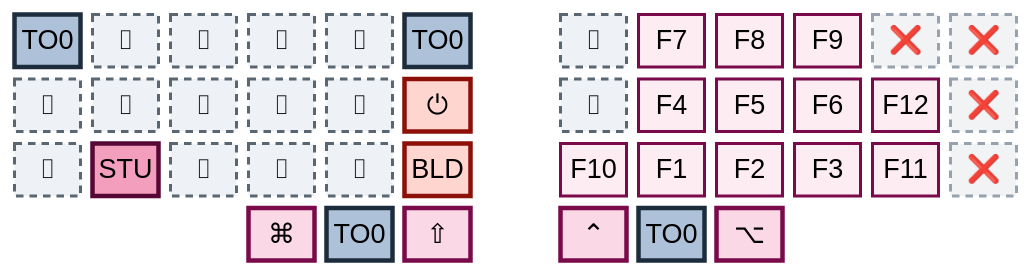
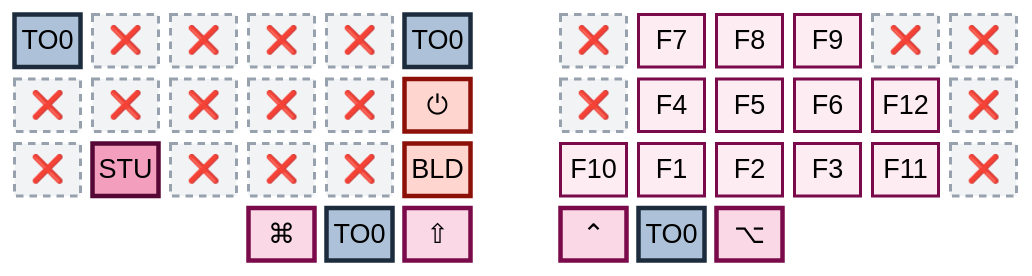
The sixth of 6 diagrams in README.md (abloch/zmk-corne), drawn with Mermaid before and after one commit. The commit also changed other lines of this file and 1 other file, not shown here.

Commit message:
Retire the transparent-key glyph and mark those keys dead
The layer 5 left half was drawn with a distinct glyph for &trans, on the
theory that "shows whatever is underneath" was worth telling apart from
"nothing here". In practice the layer below is base, the distinction never
changed a decision, and the two classes were four hex points apart in fill
colour anyway.

So both now read as the dead marker. README's ghost class is folded into
dead, and the legend drops from three hue-independent classes to two.

````diff
--- a/README.md
+++ b/README.md
@@ -211,26 +211,24 @@
 ```mermaid
 %%{init: {'theme':'base','themeVariables':{'primaryColor':'#fdecf2','primaryTextColor':'#3a0523','primaryBorderColor':'#7a0a4a','nodeTextColor':'#3a0523','textColor':'#3a0523','mainBkg':'#fdecf2','fontSize':'18px'}}}%%
 block
 columns 13
 
-  to0["TO0"] tra["⌷"] trb["⌷"] trc["⌷"] trd["⌷"] t0b["TO0"] space tre["⌷"] f7["F7"] f8["F8"] f9["F9"] x1["❌"] x2["❌"]
-  trf["⌷"] trg["⌷"] trh["⌷"] tri["⌷"] trj["⌷"] off["⏻"] space trk["⌷"] f4["F4"] f5["F5"] f6["F6"] f12["F12"] x3["❌"]
-  trl["⌷"] stu["STU"] trm["⌷"] trn["⌷"] tro["⌷"] bld["BLD"] space f10["F10"] f1["F1"] f2["F2"] f3["F3"] f11["F11"] x4["❌"]
+  to0["TO0"] tra["❌"] trb["❌"] trc["❌"] trd["❌"] t0b["TO0"] space tre["❌"] f7["F7"] f8["F8"] f9["F9"] x1["❌"] x2["❌"]
+  trf["❌"] trg["❌"] trh["❌"] tri["❌"] trj["❌"] off["⏻"] space trk["❌"] f4["F4"] f5["F5"] f6["F6"] f12["F12"] x3["❌"]
+  trl["❌"] stu["STU"] trm["❌"] trn["❌"] tro["❌"] bld["BLD"] space f10["F10"] f1["F1"] f2["F2"] f3["F3"] f11["F11"] x4["❌"]
   space:3 cmd["⌘"] t0c["TO0"] sft["⇧"] space ctl["⌃"] t0d["TO0"] alt["⌥"] space:3
 
   classDef plain fill:#fdecf2,stroke:#7a0a4a,stroke-width:2px,color:#3a0523
   classDef mod fill:#fbd8e5,stroke:#7a0a4a,stroke-width:3px,color:#3a0523
   classDef spec fill:#f29ebc,stroke:#560735,stroke-width:3px,color:#250317
   classDef goL0 fill:#adc2d8,stroke:#1d2c3d,stroke-width:3px,color:#060c12
   classDef alert fill:#ffd5d0,stroke:#8c1008,stroke-width:3px,color:#3d0603
-  classDef ghost fill:#eef1f5,stroke:#5b6673,stroke-width:2px,stroke-dasharray:5 4,color:#5b6673
   classDef dead fill:#f2f3f5,stroke:#98a2ae,stroke-width:2px,stroke-dasharray:5 4,color:#5b6673
 
   class f1,f2,f3,f4,f5,f6,f7,f8,f9,f10,f11,f12 plain
   class cmd,sft,ctl,alt mod
   class stu spec
   class to0,t0b,t0c,t0d goL0
   class off,bld alert
-  class tra,trb,trc,trd,tre,trf,trg,trh,tri,trj,trk,trl,trm,trn,tro ghost
-  class x1,x2,x3,x4 dead
+  class x1,x2,x3,x4,tra,trb,trc,trd,tre,trf,trg,trh,tri,trj,trk,trl,trm,trn,tro dead
 ```
````
